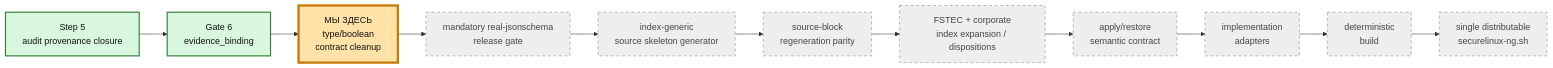
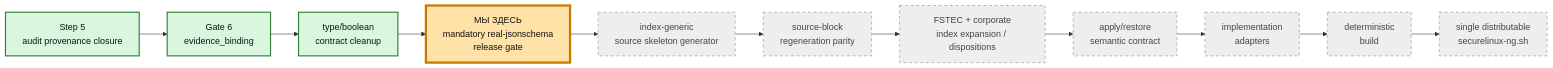
The fifth of 5 diagrams in docs/PROJECT-MAP-v3.md (rasav65/SecureLinux-Policy), drawn with Mermaid before and after one commit. The commit also changed 19 other files, not shown here.

Commit message:
fix: close type boolean observation contract

````diff
--- a/docs/PROJECT-MAP-v3.md
+++ b/docs/PROJECT-MAP-v3.md
@@ -252,20 +252,20 @@
 ```mermaid
 flowchart LR
     S1["Step 5<br/>audit provenance closure"]:::closed
     S2["Gate 6<br/>evidence_binding"]:::closed
-    S3["МЫ ЗДЕСЬ<br/>type/boolean<br/>contract cleanup"]:::current
-    S4["mandatory real-jsonschema<br/>release gate"]:::future
+    S3["type/boolean<br/>contract cleanup"]:::closed
+    S4["МЫ ЗДЕСЬ<br/>mandatory real-jsonschema<br/>release gate"]:::current
     S5["index-generic<br/>source skeleton generator"]:::future
     S6["source-block<br/>regeneration parity"]:::future
     S7["FSTEC + corporate<br/>index expansion / dispositions"]:::future
     S8["apply/restore<br/>semantic contract"]:::future
     S9["implementation<br/>adapters"]:::future
     S10["deterministic<br/>build"]:::future
     S11["single distributable<br/>securelinux-ng.sh"]:::future
 
     S1 --> S2 --> S3 --> S4 --> S5 --> S6 --> S7 --> S8 --> S9 --> S10 --> S11
 
     classDef closed fill:#d9f7df,stroke:#2f7d32,color:#111,stroke-width:2px;
     classDef current fill:#ffe2a8,stroke:#c77800,color:#111,stroke-width:4px;
     classDef future fill:#eeeeee,stroke:#888,color:#444,stroke-dasharray: 5 5;
 ```
````
